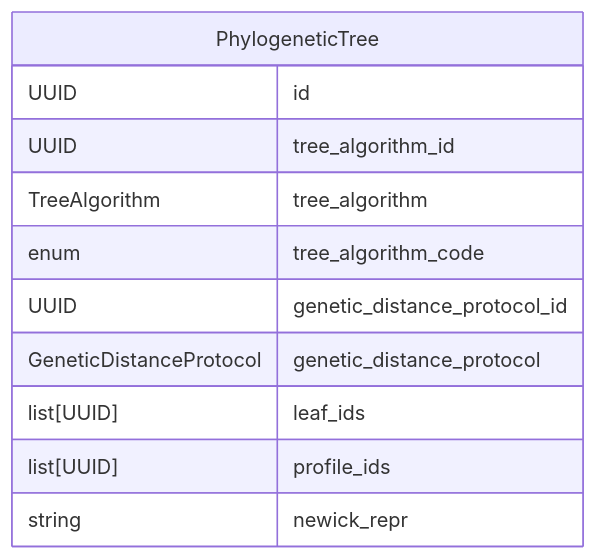
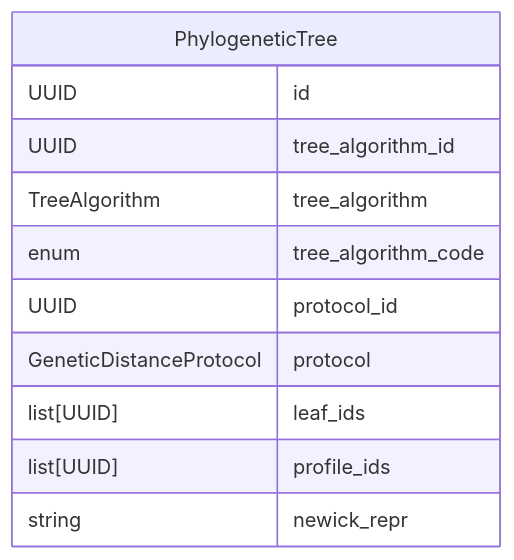
One commit to RIVM-bioinformatics/gen-epix-api changed the diagram in docs/erm/casedb.seqdb.detailed.md. Above: the diagram before and after it, drawn with Mermaid. The commit also changed 58 other files, not shown here.

````diff
--- a/docs/erm/casedb.seqdb.detailed.md
+++ b/docs/erm/casedb.seqdb.detailed.md
@@ -5,18 +5,18 @@
 ```mermaid
 erDiagram
     %% casedb / SEQDB (detailed)
 
     %% Entity definitions
     PhylogeneticTree {
         UUID id
         UUID tree_algorithm_id
         TreeAlgorithm tree_algorithm
         enum tree_algorithm_code
-        UUID genetic_distance_protocol_id
-        GeneticDistanceProtocol genetic_distance_protocol
+        UUID protocol_id
+        GeneticDistanceProtocol protocol
         list[UUID] leaf_ids
         list[UUID] profile_ids
         string newick_repr
     }
 
 ```
````
